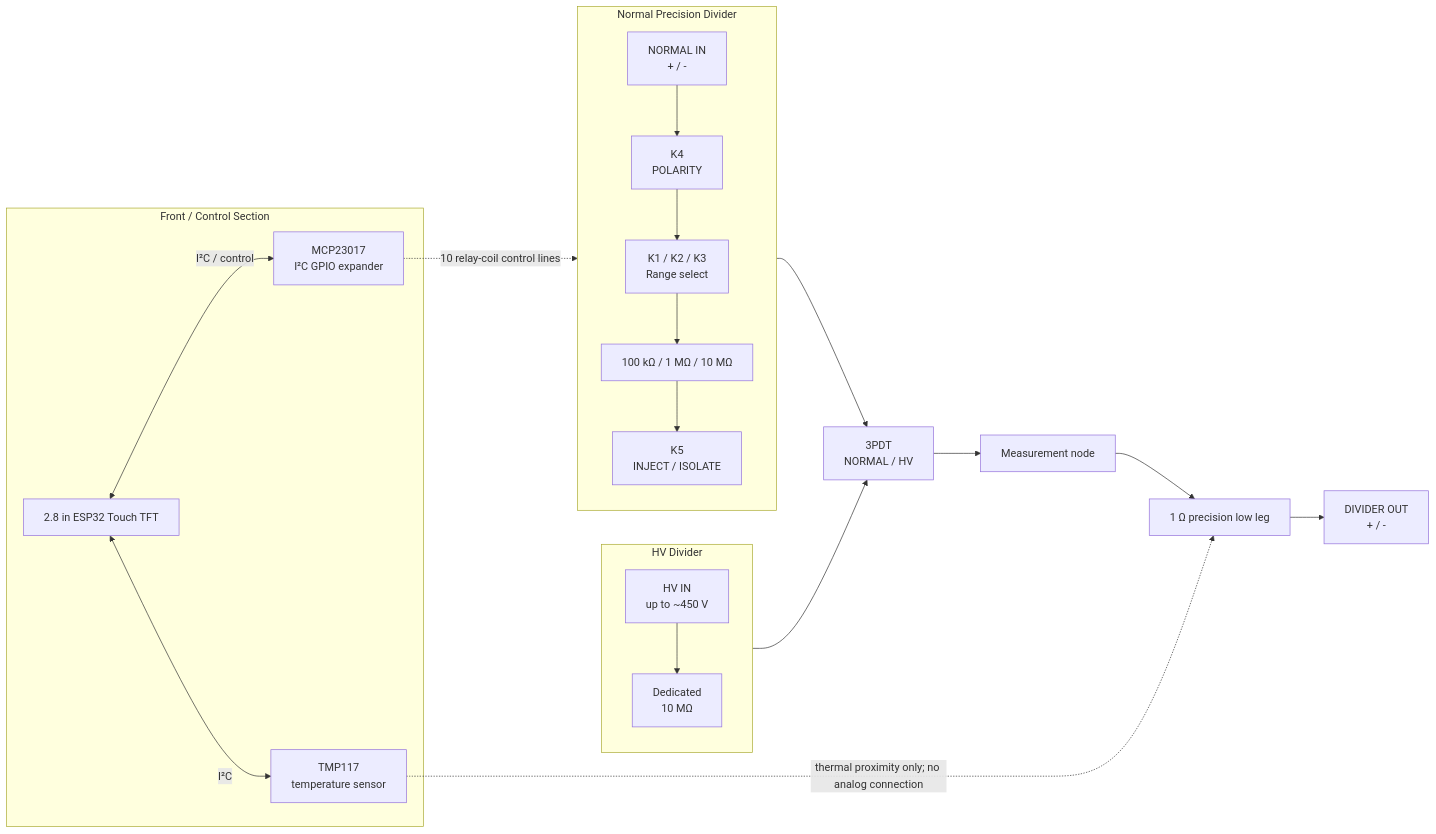
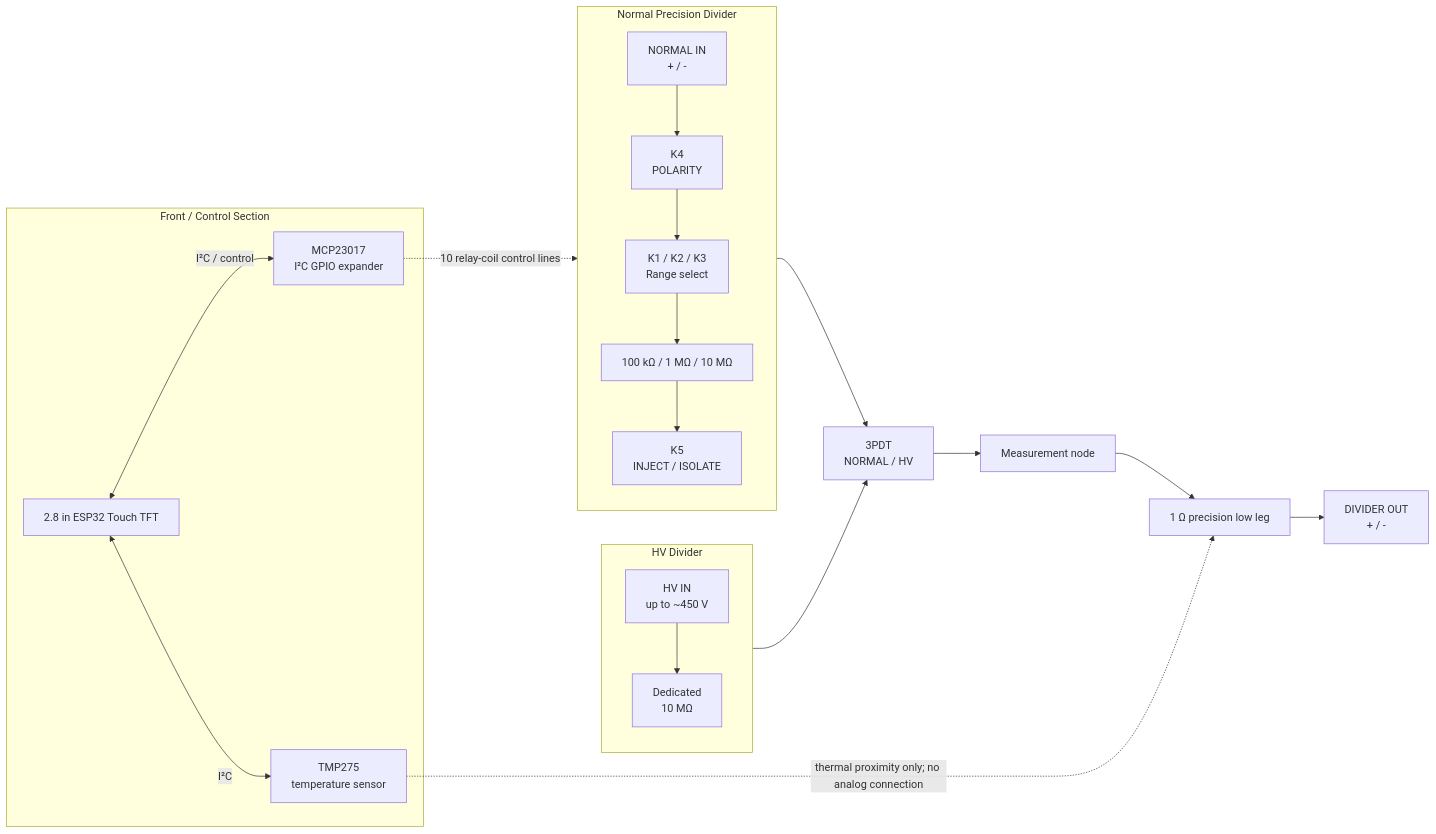
The diagram in docs/nanovolt_divider_rev0.md (kuvychko/nanovolt-divider), drawn with Mermaid before and after one commit. The commit also changed other lines of this file and 11 other files, not shown here.

````diff
--- a/docs/nanovolt_divider_rev0.md
+++ b/docs/nanovolt_divider_rev0.md
@@ -186,37 +190,37 @@
 ```mermaid
 flowchart LR
     subgraph CTRL["Front / Control Section"]
         UI["2.8 in ESP32 Touch TFT"]
         IO["MCP23017\nI²C GPIO expander"]
-        T["TMP117\ntemperature sensor"]
+        T["TMP275\ntemperature sensor"]
         UI <-->|I²C / control| IO
         UI <-->|I²C| T
     end
 
     subgraph NORMAL["Normal Precision Divider"]
         NIN["NORMAL IN\n+ / -"]
         POL["K4\nPOLARITY"]
         RSEL["K1 / K2 / K3\nRange select"]
         RH["100 kΩ / 1 MΩ / 10 MΩ"]
         INJ["K5\nINJECT / ISOLATE"]
         NIN --> POL --> RSEL --> RH --> INJ
     end
 
     subgraph HV["HV Divider"]
         HVIN["HV IN\nup to ~450 V"]
         RHS["Dedicated\n10 MΩ"]
         HVIN --> RHS
     end
 
     SEL["3PDT\nNORMAL / HV"]
     NODE["Measurement node"]
     RL["1 Ω precision low leg"]
     OUT["DIVIDER OUT\n+ / -"]
 
     NORMAL --> SEL
     HV --> SEL
     SEL --> NODE --> RL --> OUT
 
     IO -. "10 relay-coil control lines" .-> NORMAL
     T -. "thermal proximity only; no analog connection" .-> RL
 ```
````
